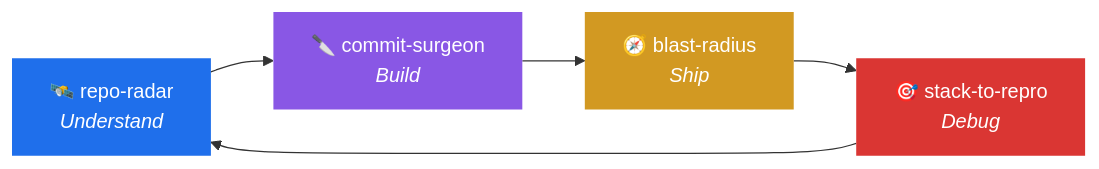
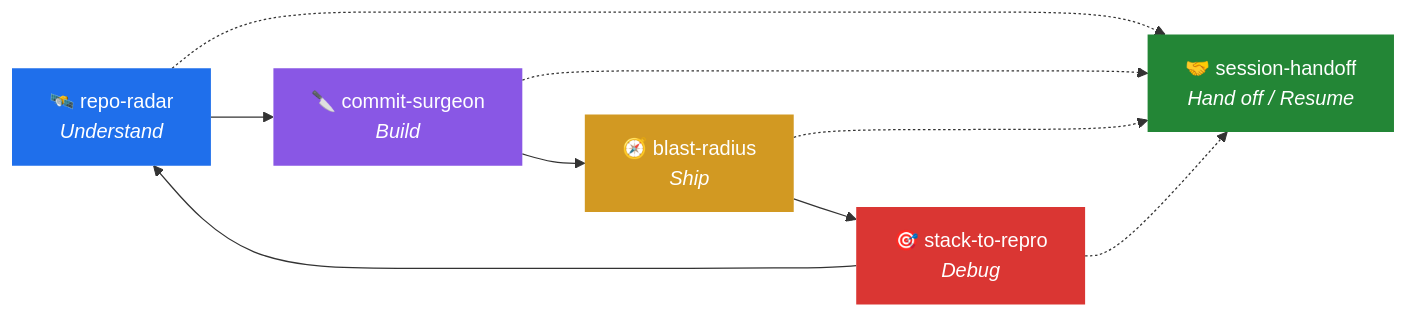
Before and after one commit to ame589/Claude_skill: the diagram in README.md, drawn with Mermaid. The commit also changed other lines of this file and 3 other files, not shown here.

First line of the commit message:
feat(session-handoff): exportable, verifiable session handoff bundles

````diff
--- a/README.md
+++ b/README.md
@@ -28,11 +28,17 @@
 ```mermaid
 flowchart LR
     A["🛰️ repo-radar<br/><em>Understand</em>"] --> B["🔪 commit-surgeon<br/><em>Build</em>"]
     B --> C["🧭 blast-radius<br/><em>Ship</em>"]
     C --> D["🎯 stack-to-repro<br/><em>Debug</em>"]
     D --> A
+    E["🤝 session-handoff<br/><em>Hand off / Resume</em>"]
+    A -.-> E
+    B -.-> E
+    C -.-> E
+    D -.-> E
     style A fill:#1f6feb,color:#fff,stroke:none
     style B fill:#8957e5,color:#fff,stroke:none
     style C fill:#d29922,color:#fff,stroke:none
     style D fill:#da3633,color:#fff,stroke:none
+    style E fill:#238636,color:#fff,stroke:none
 ```
````
